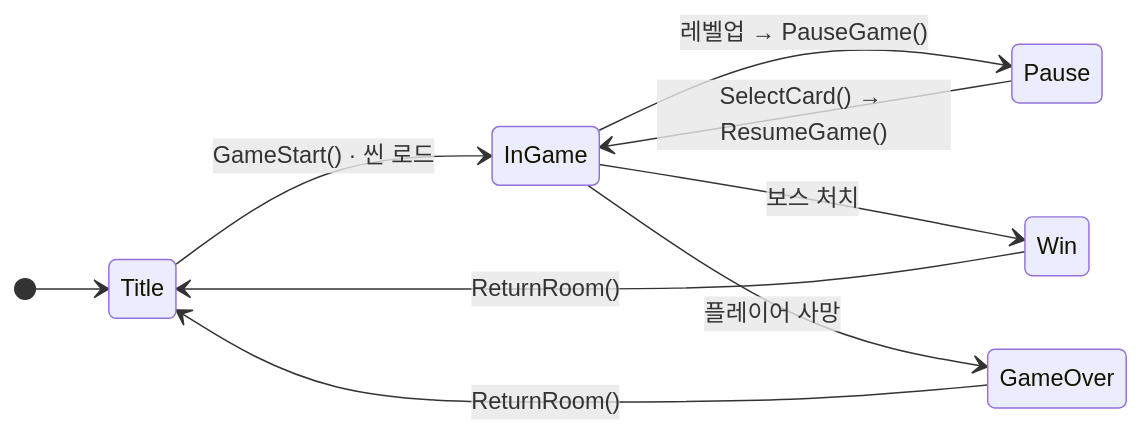
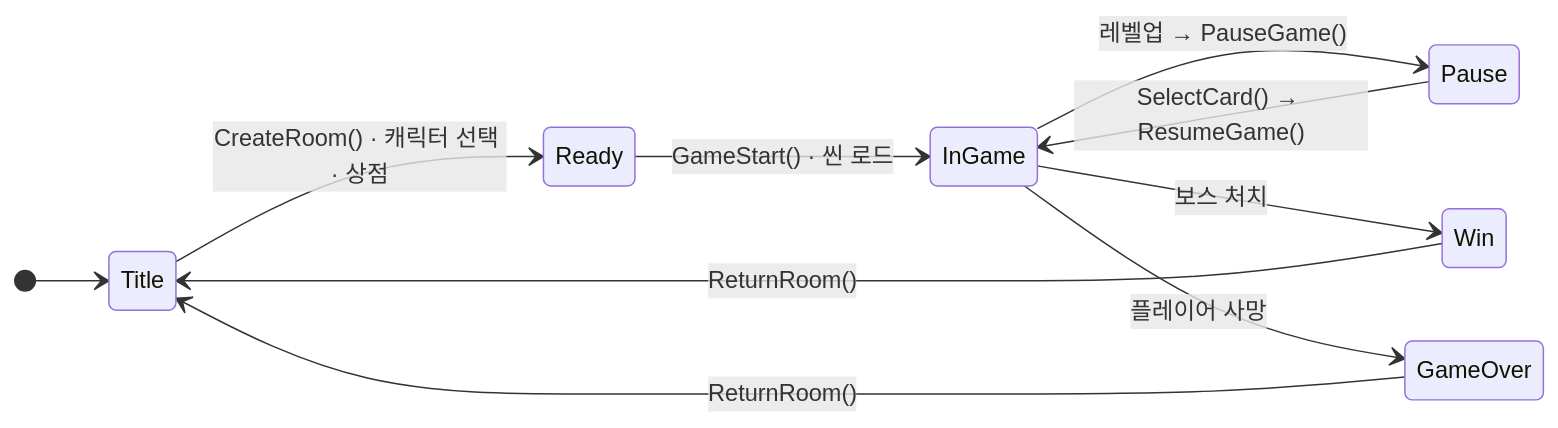
One commit to NaJungWon/portfolio changed the second of 11 diagrams in src/03-dgs/기술문서.md. Above: the diagram before and after it, drawn with Mermaid. The commit also changed other lines of this file, not shown here.

````diff
--- a/src/03-dgs/기술문서.md
+++ b/src/03-dgs/기술문서.md
@@ -144,12 +144,13 @@
 ```mermaid
 stateDiagram-v2
     direction LR
     [*] --> Title
-    Title --> InGame: GameStart() · 씬 로드
+    Title --> Ready: CreateRoom() · 캐릭터 선택 · 상점
+    Ready --> InGame: GameStart() · 씬 로드
     InGame --> Pause: 레벨업 → PauseGame()
     Pause --> InGame: SelectCard() → ResumeGame()
     InGame --> Win: 보스 처치
     InGame --> GameOver: 플레이어 사망
     Win --> Title: ReturnRoom()
     GameOver --> Title: ReturnRoom()
 ```
````
